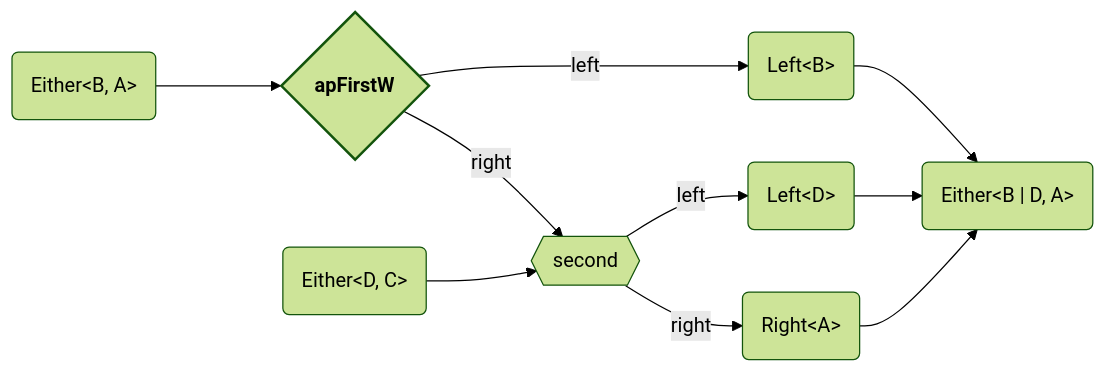
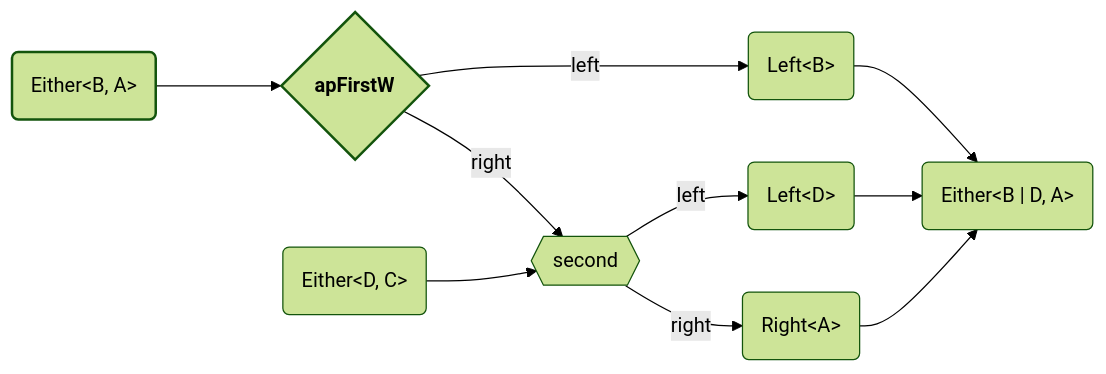
Before and after one commit to adamjosefus/fp-ts-examples: the second of 9 diagrams in Either.md, drawn with Mermaid (forest theme). The commit also changed other lines of this file, not shown here.

````diff
--- a/Either.md
+++ b/Either.md
@@ -104,24 +105,24 @@
 ```mermaid
 flowchart LR
+    style input stroke-width: 2px
     style apFirstW stroke-width: 2px
 
     input( Either<<span>B, A</span>> )
     secondInput( Either<<span>D, C</span>> )
-    
     apFirstW{ <b>apFirstW</b> }
     second{{ second }}
     outputLeft("Left<<span>B</span>>")
     secondOutputLeft("Left<<span>D</span>>")
     secondOutputRight("Right<<span>A</span>>")
     output("Either<<span>B | D, A</span>>")
 
+    second --> | right | secondOutputRight
+    apFirstW --> | right | second
     input ---> apFirstW
     secondInput --> second
-    apFirstW --> | right | second
     apFirstW ---> | left | outputLeft
-    second --> | right | secondOutputRight
     second --> | left | secondOutputLeft
     outputLeft --> output
     secondOutputLeft --> output
     secondOutputRight --> output
 ```
````
